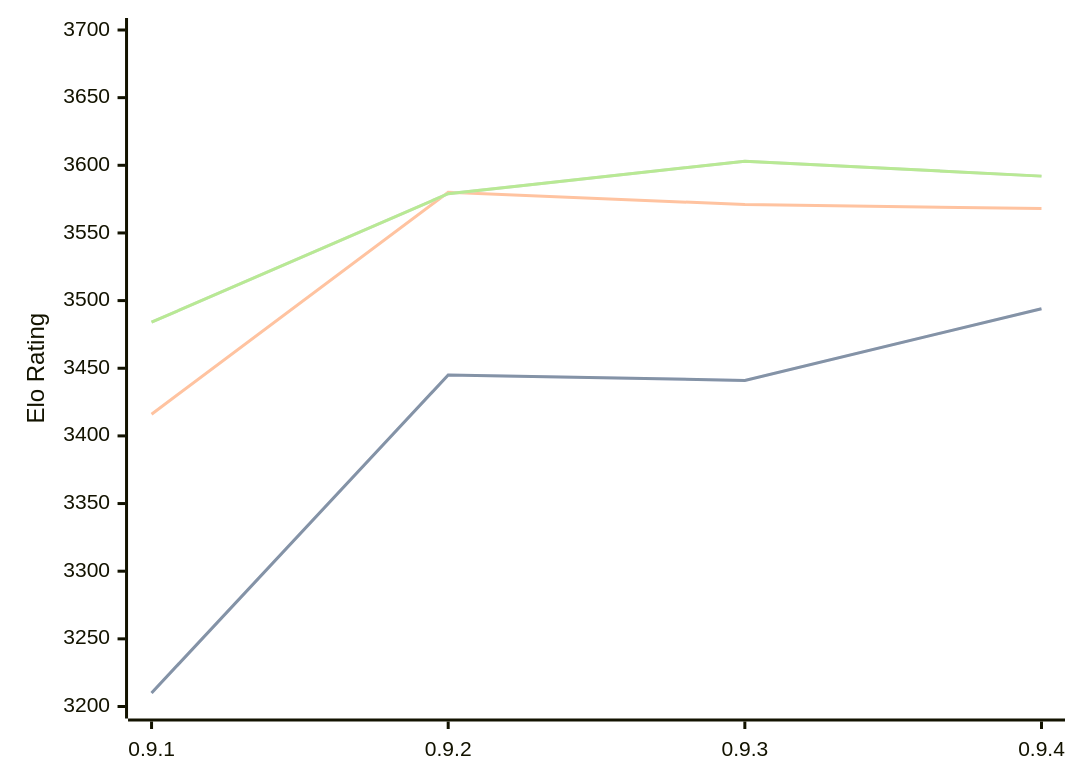
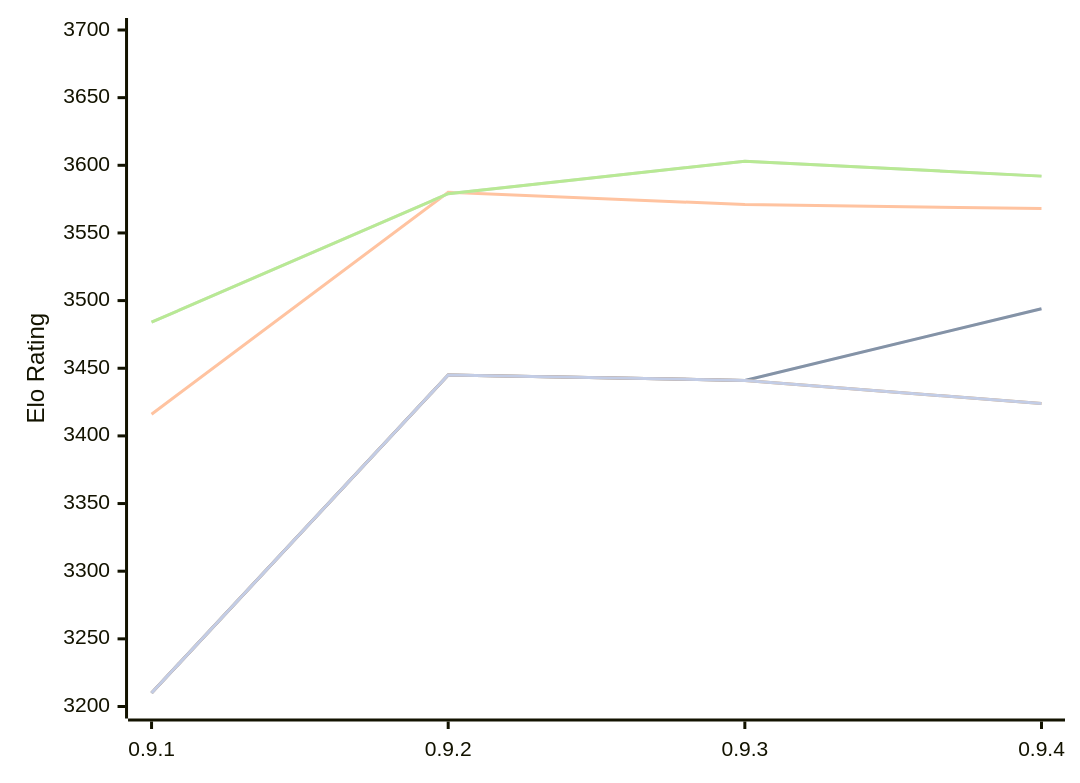
One commit to computer-chess-index/cci changed the diagram in engines/Coda.md. Above: the diagram before and after it, drawn with Mermaid. The commit also changed other lines of this file, not shown here.

Commit message:
Update CCI Ratings (ELO VLTC) - 2026-10-11

````diff
--- a/engines/Coda.md
+++ b/engines/Coda.md
@@ -50,16 +50,13 @@
 ```mermaid
 %%{init: {"theme":"base","themeVariables":{"seriesColors:['#a3a3a3','#222221','#faa371']}}}%%
 xychart-beta
   x-axis ["0.9.1", "0.9.2", "0.9.3", "0.9.4"]
   y-axis "Elo Rating" 3200 --> 3700
   line "" [3210, 3445, 3441, 3494]
   line "T1: STC (8.0+0.08s)" [3210, 3445, 3441, 3494]
   line "T1: LTC (60.0+0.60s)" [3416, 3580, 3571, 3568]
   line "" [3484, 3579, 3603, 3592]
   line "T1: VLTC (2m24s+1.12s)" [3484, 3579, 3603, 3592]
-  line "" [3410]
-  line "E1: STC (8.0+0.08s)" [3410]
-  line "E1: LTC (60.0+0.60s)" [3582]
-  line "" [3607]
-  line "E1: VLTC (2m24s+1.12s)" [3607]
+  line "" [3210, 3445, 3441,3424]
+  line "E1: STC (8.0+0.08s)" [3210, 3445, 3441,3424]
 ```
````
